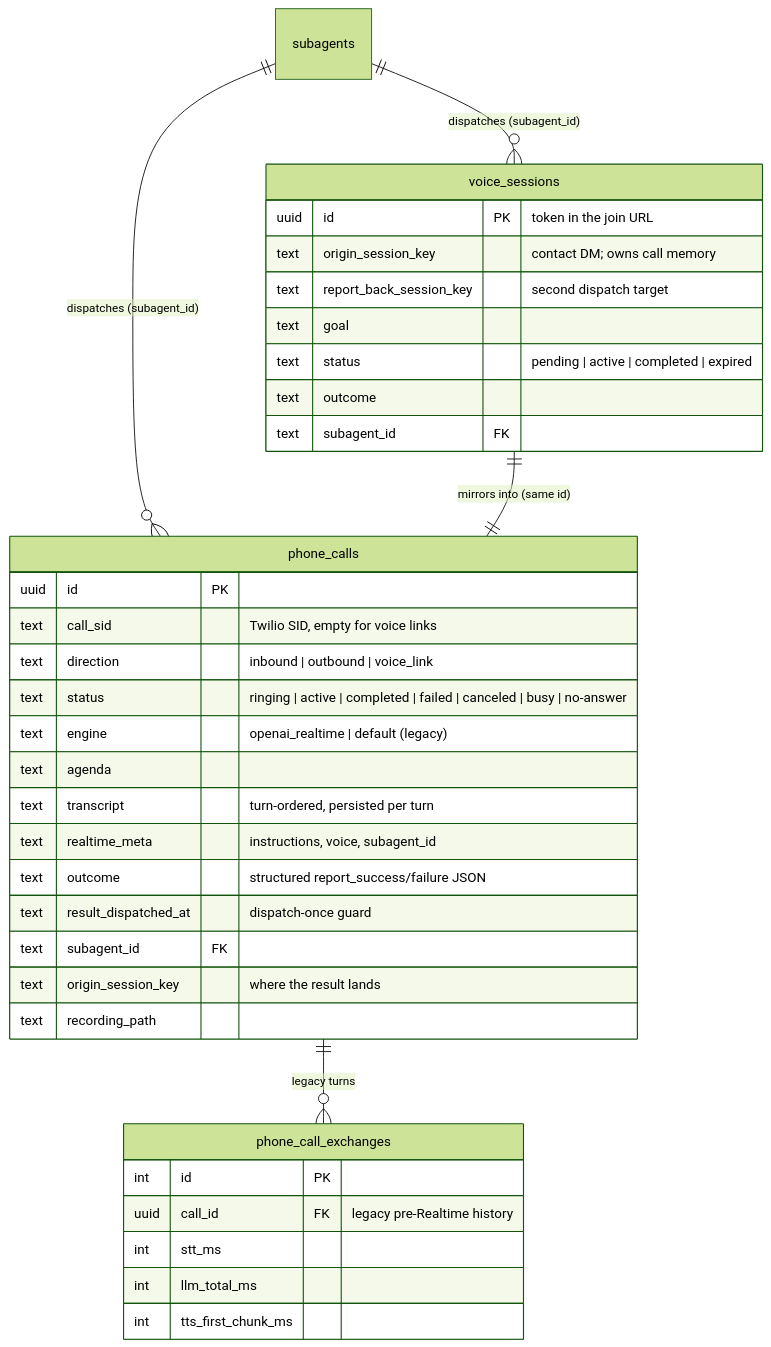
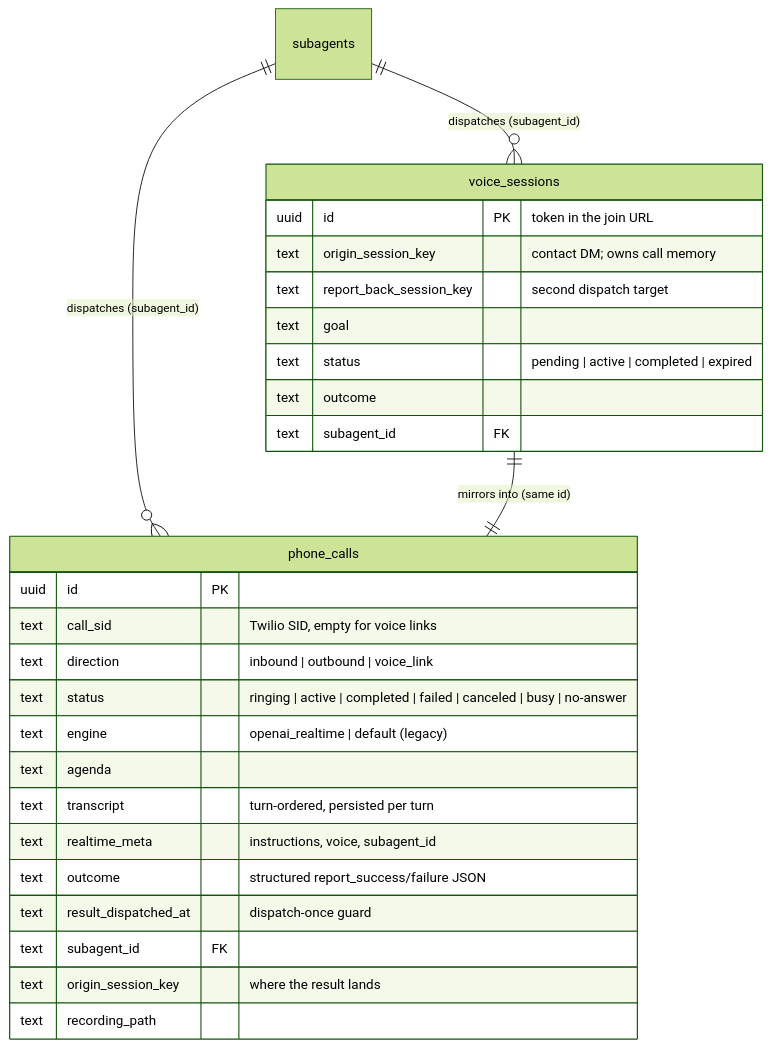
Before and after one commit to mike-crabcat/bob: the fifth of 10 diagrams in docs/datamodel.md, drawn with Mermaid (forest theme). The commit also changed other lines of this file and 16 other files, not shown here.

````diff
--- a/docs/datamodel.md
+++ b/docs/datamodel.md
@@ -311,39 +291,31 @@
 ```mermaid
 erDiagram
     subagents ||--o{ phone_calls : "dispatches (subagent_id)"
     subagents ||--o{ voice_sessions : "dispatches (subagent_id)"
     voice_sessions ||--|| phone_calls : "mirrors into (same id)"
-    phone_calls ||--o{ phone_call_exchanges : "legacy turns"
 
     phone_calls {
         uuid id PK
         text call_sid "Twilio SID, empty for voice links"
         text direction "inbound | outbound | voice_link"
         text status "ringing | active | completed | failed | canceled | busy | no-answer"
         text engine "openai_realtime | default (legacy)"
         text agenda
         text transcript "turn-ordered, persisted per turn"
         text realtime_meta "instructions, voice, subagent_id"
         text outcome "structured report_success/failure JSON"
         text result_dispatched_at "dispatch-once guard"
         text subagent_id FK
         text origin_session_key "where the result lands"
         text recording_path
     }
     voice_sessions {
         uuid id PK "token in the join URL"
         text origin_session_key "contact DM; owns call memory"
         text report_back_session_key "second dispatch target"
         text goal
         text status "pending | active | completed | expired"
         text outcome
         text subagent_id FK
     }
-    phone_call_exchanges {
-        int id PK
-        uuid call_id FK "legacy pre-Realtime history"
-        int stt_ms
-        int llm_total_ms
-        int tts_first_chunk_ms
-    }
 ```
````
